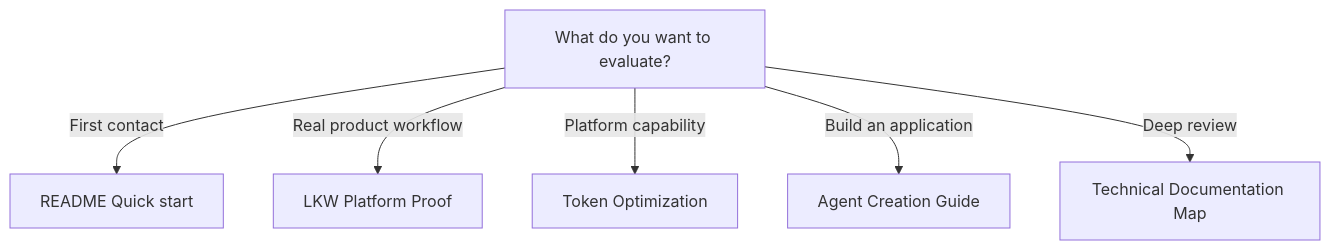
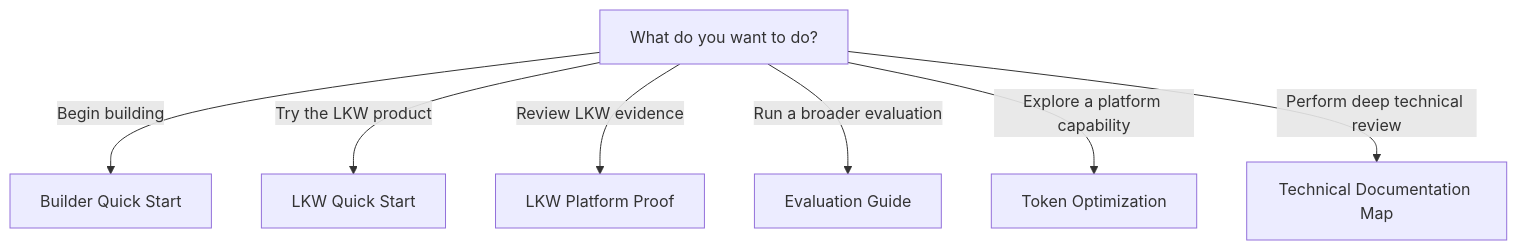
Before and after one commit to jakbuczarnecki/intergrax: the diagram in BUILD_WITH_INTERGRAX.md, drawn with Mermaid. The commit also changed other lines of this file and 11 other files, not shown here.

````diff
--- a/BUILD_WITH_INTERGRAX.md
+++ b/BUILD_WITH_INTERGRAX.md
@@ -46,9 +48,10 @@
 ```mermaid
 flowchart TD
-    S[What do you want to evaluate?]
-    S -->|First contact| Q[README Quick start]
-    S -->|Real product workflow| L[LKW Platform Proof]
-    S -->|Platform capability| T[Token Optimization]
-    S -->|Build an application| B[Agent Creation Guide]
-    S -->|Deep review| D[Technical Documentation Map]
+    S[What do you want to do?]
+    S -->|Begin building| B[Builder Quick Start]
+    S -->|Try the LKW product| Q[LKW Quick Start]
+    S -->|Review LKW evidence| L[LKW Platform Proof]
+    S -->|Run a broader evaluation| E[Evaluation Guide]
+    S -->|Explore a platform capability| T[Token Optimization]
+    S -->|Perform deep technical review| D[Technical Documentation Map]
 ```
````
